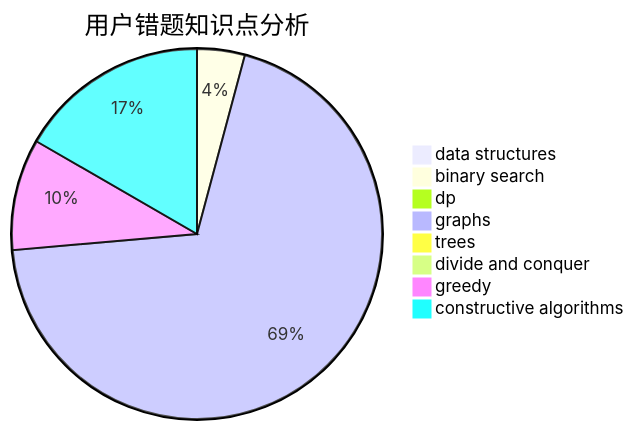
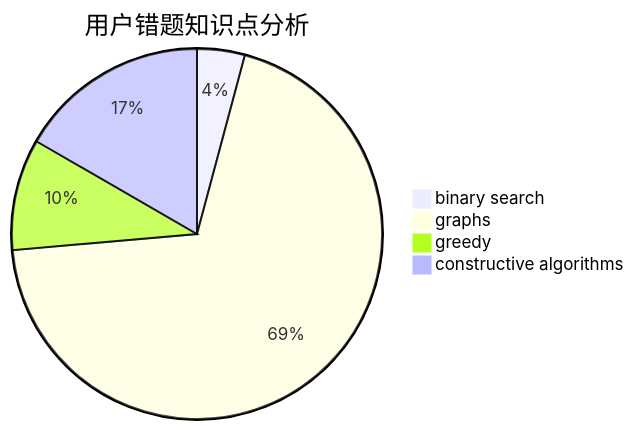
The third of 3 diagrams in docs/user/u2695.md (sherpahu/cfrs.github.io), drawn with Mermaid before and after one commit. The commit also changed other lines of this file and 2770 other files, not shown here.

````diff
--- a/docs/user/u2695.md
+++ b/docs/user/u2695.md
@@ -31,11 +28,7 @@
 ```mermaid
 pie title 用户错题知识点分析
-    "data structures" :  0
     "binary search" :  3
-    "dp" :  0
     "graphs" :  50
-    "trees" :  0
-    "divide and conquer" :  0
     "greedy" :  7
     "constructive algorithms" :  12
 ```
````
